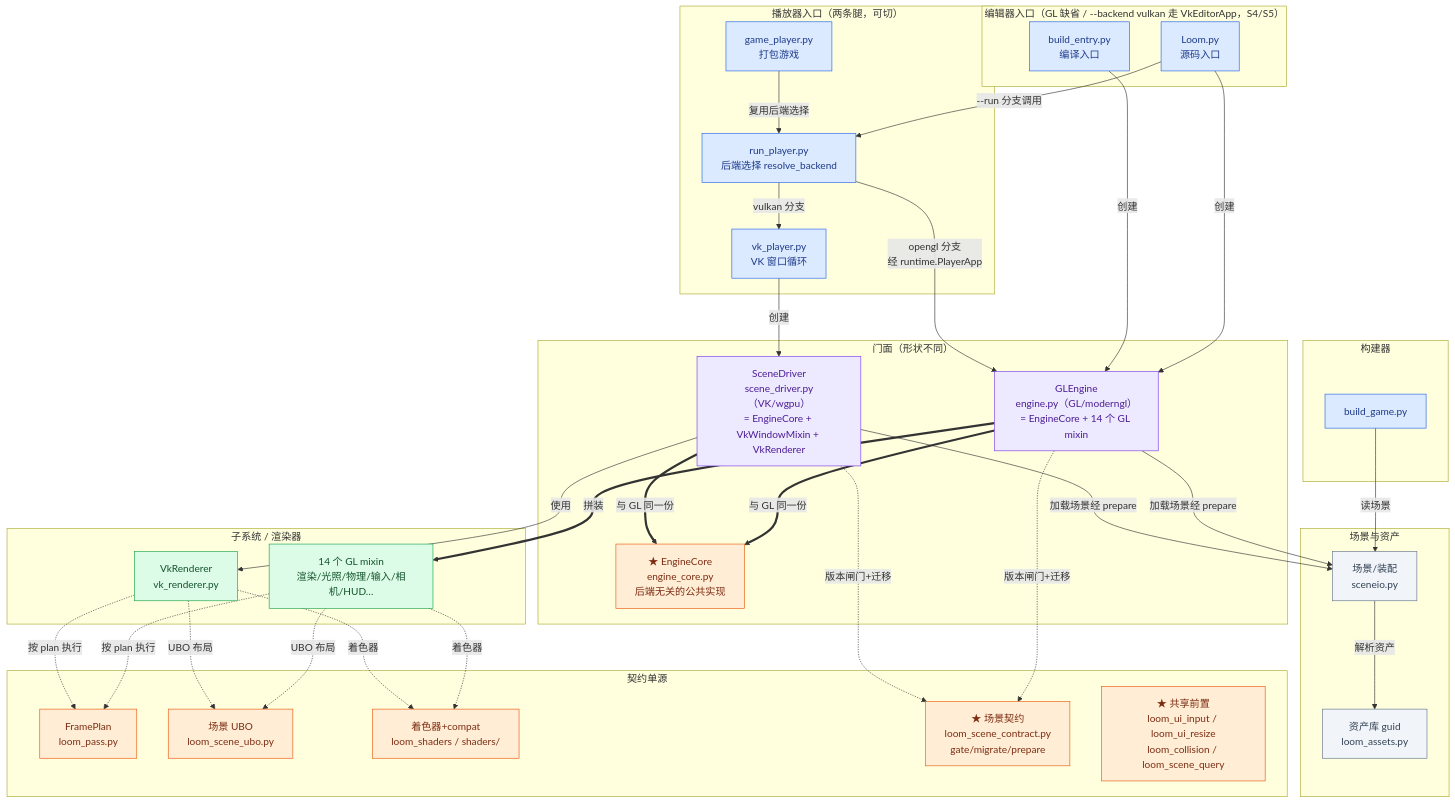
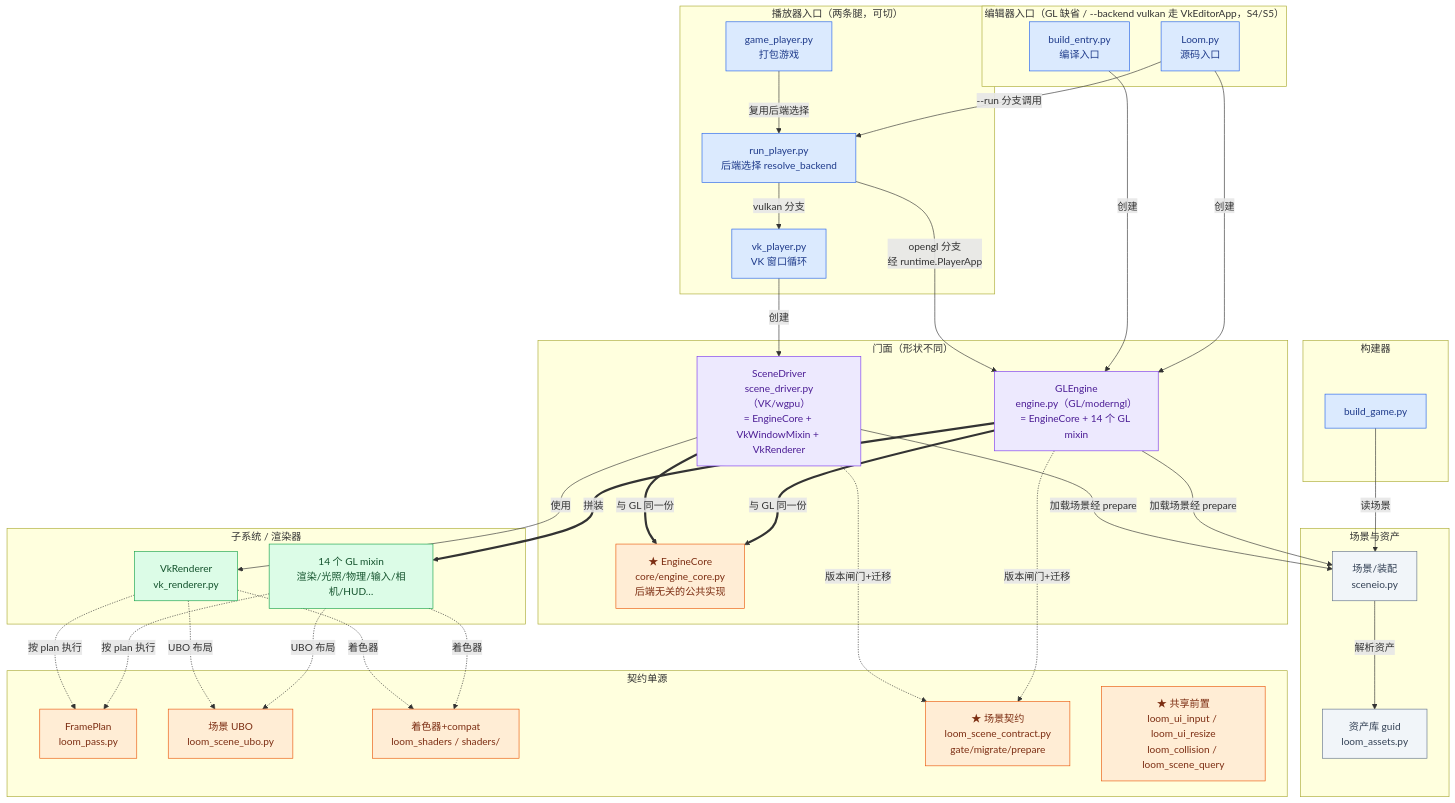
One commit to lhy302/WeaveEngine changed the first of 23 diagrams in ARCHITECTURE.md. Above: the diagram before and after it, drawn with Mermaid. The commit also changed other lines of this file and 143 other files, not shown here.

````diff
--- a/ARCHITECTURE.md
+++ b/ARCHITECTURE.md
@@ -74,63 +74,63 @@
 ```mermaid
 flowchart TB
   subgraph EDENT["编辑器入口（GL 缺省 / --backend vulkan 走 VkEditorApp，S4/S5）"]
     A1["Loom.py<br/>源码入口"]:::entry
     A2["build_entry.py<br/>编译入口"]:::entry
   end
   subgraph PLENT["播放器入口（两条腿，可切）"]
     A3["run_player.py<br/>后端选择 resolve_backend"]:::entry
     A4["game_player.py<br/>打包游戏"]:::entry
     A5["vk_player.py<br/>VK 窗口循环"]:::entry
   end
   subgraph TOOL["构建器"]
     A6["build_game.py"]:::entry
   end
   subgraph FACADE["门面（形状不同）"]
     B1["GLEngine<br/>engine.py（GL/moderngl）<br/>= EngineCore + 14 个 GL mixin"]:::facade
     B2["SceneDriver<br/>scene_driver.py（VK/wgpu）<br/>= EngineCore + VkWindowMixin + VkRenderer"]:::facade
-    B0["★ EngineCore<br/>engine_core.py<br/>后端无关的公共实现"]:::contract
+    B0["★ EngineCore<br/>core/engine_core.py<br/>后端无关的公共实现"]:::contract
   end
   subgraph IMPL["子系统 / 渲染器"]
     C1["14 个 GL mixin<br/>渲染/光照/物理/输入/相机/HUD…"]:::impl
     C2["VkRenderer<br/>vk_renderer.py"]:::impl
   end
   subgraph CONTRACT["契约单源"]
     D1["FramePlan<br/>loom_pass.py"]:::contract
     D2["场景 UBO<br/>loom_scene_ubo.py"]:::contract
     D3["着色器+compat<br/>loom_shaders / shaders/"]:::contract
     D4["★ 场景契约<br/>loom_scene_contract.py<br/>gate/migrate/prepare"]:::contract
     D5["★ 共享前置<br/>loom_ui_input / loom_ui_resize<br/>loom_collision / loom_scene_query"]:::contract
   end
   subgraph DATA["场景与资产"]
     E1["场景/装配<br/>sceneio.py"]:::file
     E2["资产库 guid<br/>loom_assets.py"]:::file
   end
   A1 -->|创建| B1
   A2 -->|创建| B1
   A1 -->|--run 分支调用| A3
   A4 -->|复用后端选择| A3
   A3 -->|opengl 分支<br/>经 runtime.PlayerApp| B1
   A3 -->|vulkan 分支| A5
   A5 -->|创建| B2
   A6 -->|读场景| E1
   B1 ==>|拼装| C1
   B2 -->|使用| C2
   B1 ==>|与 GL 同一份| B0
   B2 ==>|与 GL 同一份| B0
   B1 -->|加载场景经 prepare| E1
   B2 -->|加载场景经 prepare| E1
   B1 -.->|版本闸门+迁移| D4
   B2 -.->|版本闸门+迁移| D4
   C1 -.->|按 plan 执行| D1
   C2 -.->|按 plan 执行| D1
   C1 -.->|UBO 布局| D2
   C2 -.->|UBO 布局| D2
   C1 -.->|着色器| D3
   C2 -.->|着色器| D3
   E1 -->|解析资产| E2
   classDef entry fill:#dbeafe,stroke:#2563eb,color:#1e3a8a
   classDef facade fill:#ede9fe,stroke:#7c3aed,color:#4c1d95
   classDef impl fill:#dcfce7,stroke:#16a34a,color:#14532d
   classDef contract fill:#ffedd5,stroke:#ea580c,color:#7c2d12
   classDef file fill:#f1f5f9,stroke:#64748b,color:#334155
 ```
````
